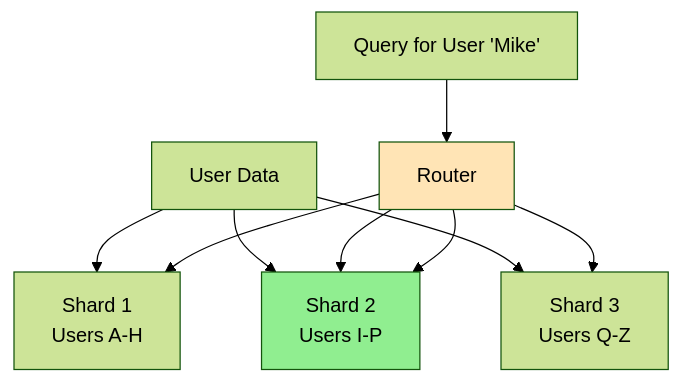
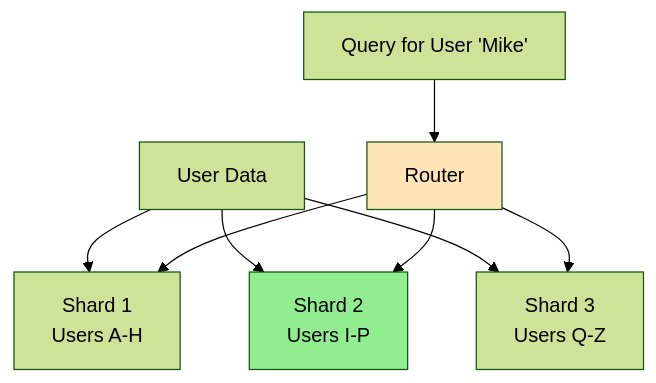
One commit to quanhua92/tutorials changed the sixth of 11 diagrams in the-engineers-playbook/tutorials/system-design-101/01-concepts-03-key-abstractions.md. Above: the diagram before and after it, drawn with Mermaid (forest theme).

Commit message:
Remove duplicate edge from diagram

````diff
--- a/the-engineers-playbook/tutorials/system-design-101/01-concepts-03-key-abstractions.md
+++ b/the-engineers-playbook/tutorials/system-design-101/01-concepts-03-key-abstractions.md
@@ -201,16 +201,15 @@
 ```mermaid
 graph TD
     A[User Data] --> B[Shard 1<br/>Users A-H]
     A --> C[Shard 2<br/>Users I-P]
     A --> D[Shard 3<br/>Users Q-Z]
     
     E[Router] --> B
     E --> C
     E --> D
     
     F["Query for User 'Mike'"] --> E
-    E --> C
     
     style E fill:#FFE4B5
     style C fill:#90EE90
 ```
````
